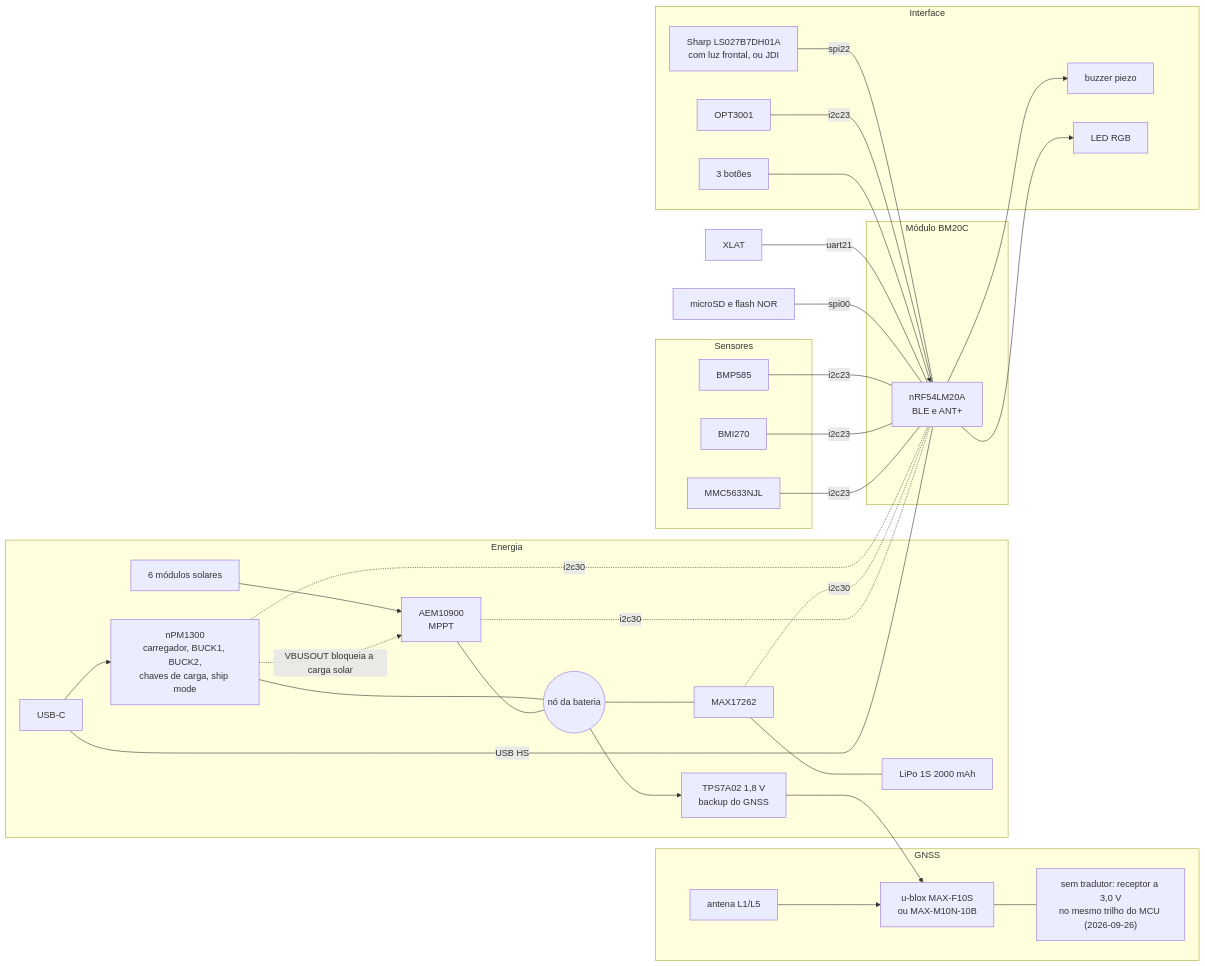
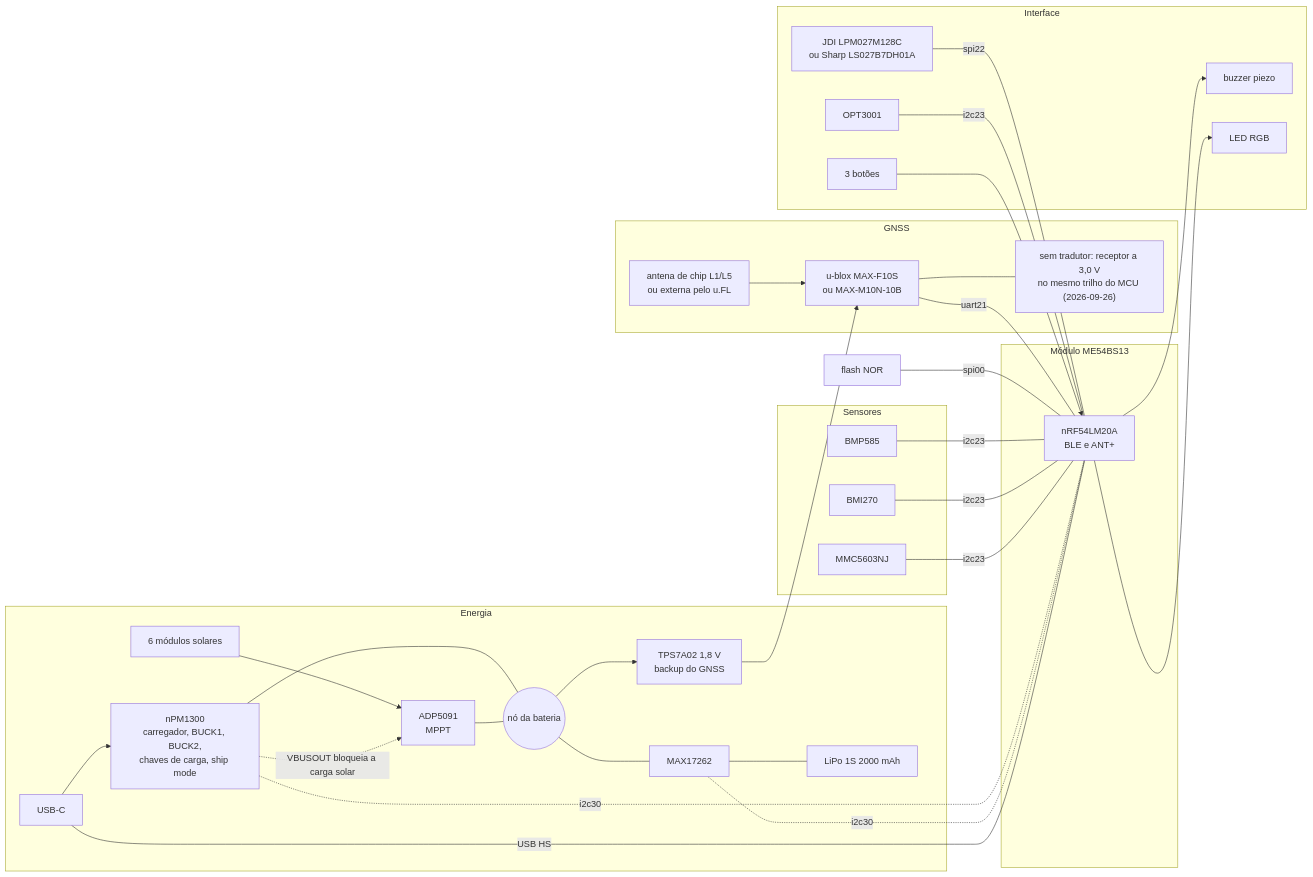
The first of 3 diagrams in docs/14-hardware-placa-nova.md (Guiimartinho/gnss-bike-computer), drawn with Mermaid before and after one commit. The commit also changed other lines of this file and 63 other files, not shown here.

````diff
--- a/docs/14-hardware-placa-nova.md
+++ b/docs/14-hardware-placa-nova.md
@@ -29,47 +43,46 @@
 ```mermaid
 flowchart LR
     subgraph PWR["Energia"]
         USBC["USB-C"] --> PMIC["nPM1300<br/>carregador, BUCK1, BUCK2,<br/>chaves de carga, ship mode"]
-        PV["6 módulos solares"] --> HARV["AEM10900<br/>MPPT"]
+        PV["6 módulos solares"] --> HARV["ADP5091<br/>MPPT"]
         PMIC --- NODE(("nó da bateria"))
         HARV --- NODE
         PMIC -.->|"VBUSOUT bloqueia a carga solar"| HARV
         NODE --- GAUGE["MAX17262"] --- CELL["LiPo 1S 2000 mAh"]
         NODE --> BCK["TPS7A02 1,8 V<br/>backup do GNSS"]
     end
-    subgraph CORE["Módulo BM20C"]
+    subgraph CORE["Módulo ME54BS13"]
         MCU["nRF54LM20A<br/>BLE e ANT+"]
     end
     subgraph GNSSB["GNSS"]
-        ANT["antena L1/L5"] --> GMOD["u-blox MAX-F10S<br/>ou MAX-M10N-10B"]
+        ANT["antena de chip L1/L5<br/>ou externa pelo u.FL"] --> GMOD["u-blox MAX-F10S<br/>ou MAX-M10N-10B"]
         GMOD --- DIRETO["sem tradutor: receptor a 3,0 V<br/>no mesmo trilho do MCU (2026-09-26)"]
     end
     subgraph HMI["Interface"]
-        LCD["Sharp LS027B7DH01A<br/>com luz frontal, ou JDI"]
+        LCD["JDI LPM027M128C<br/>ou Sharp LS027B7DH01A"]
         KEYS["3 botões"]
         BUZ["buzzer piezo"]
         LED["LED RGB"]
         ALS["OPT3001"]
     end
     subgraph SENS["Sensores"]
         BARO["BMP585"]
         IMU["BMI270"]
-        MAG["MMC5633NJL"]
+        MAG["MMC5603NJ"]
     end
-    SD["microSD e flash NOR"]
-    XLAT ---|"uart21"| MCU
+    SD["flash NOR"]
+    GMOD ---|"uart21"| MCU
     LCD ---|"spi22"| MCU
     SD ---|"spi00"| MCU
     BARO ---|"i2c23"| MCU
     IMU ---|"i2c23"| MCU
     MAG ---|"i2c23"| MCU
     ALS ---|"i2c23"| MCU
     PMIC -.-|"i2c30"| MCU
     GAUGE -.-|"i2c30"| MCU
-    HARV -.-|"i2c30"| MCU
     USBC ---|"USB HS"| MCU
     KEYS --> MCU
     MCU --> BUZ
     MCU --> LED
     BCK --> GMOD
 ```
````
